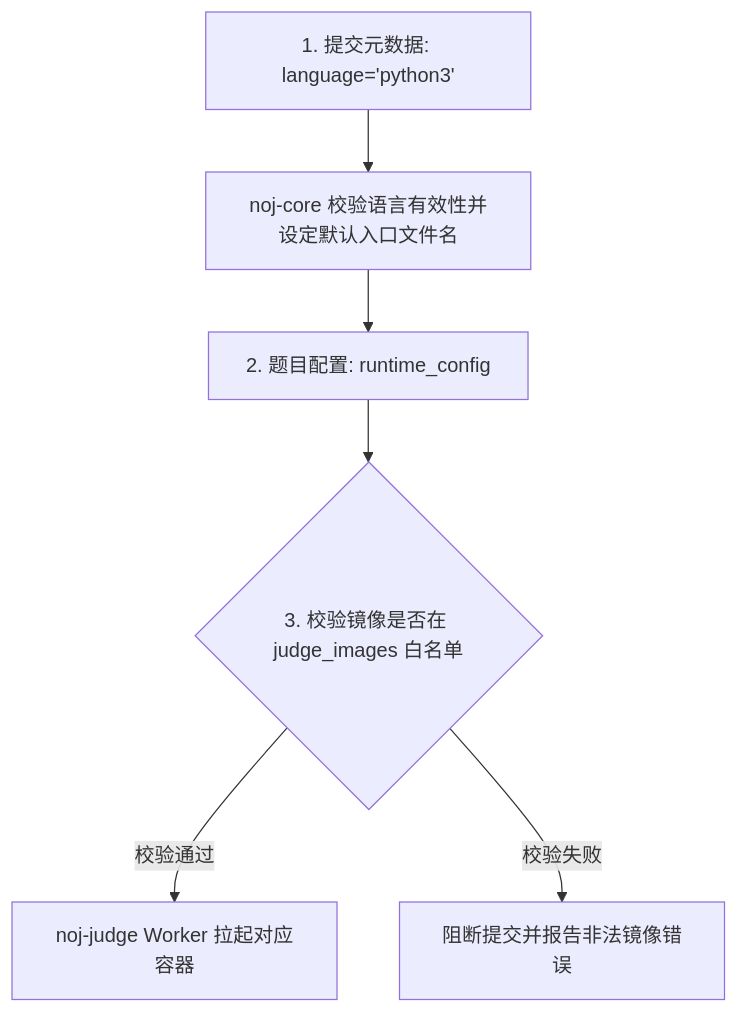
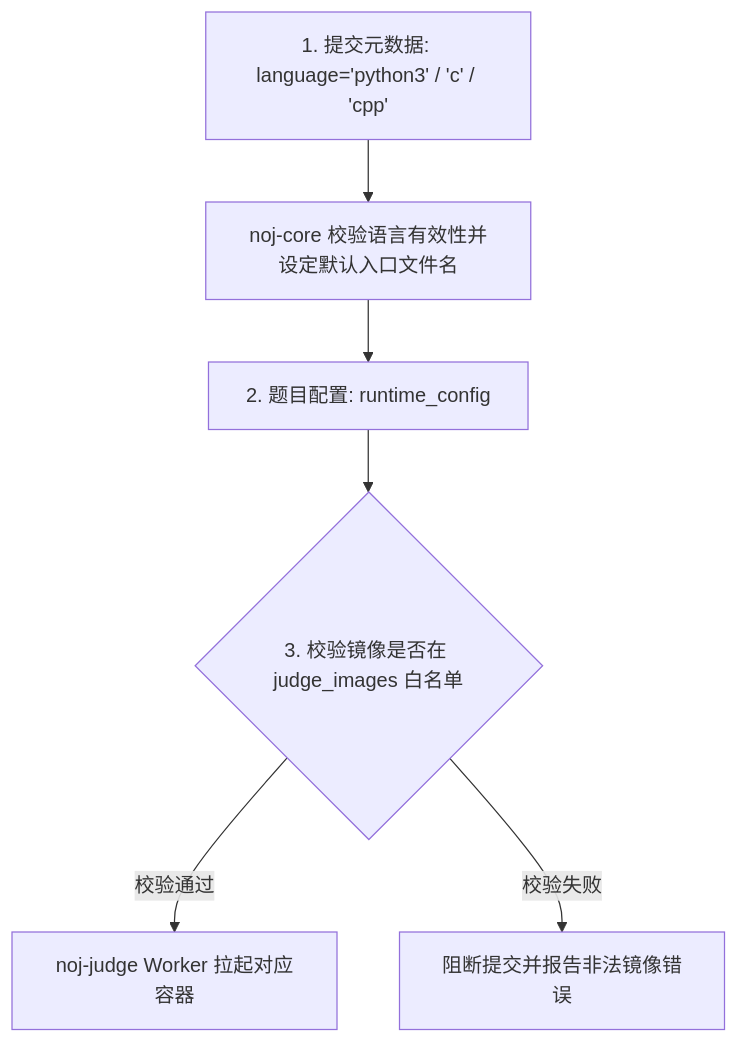
One commit to Neuro-OJ/neuro-oj changed the diagram in noj-docs/docs/mechanisms/runtimes.md. Above: the diagram before and after it, drawn with Mermaid. The commit also changed other lines of this file and 41 other files, not shown here.

````diff
--- a/noj-docs/docs/mechanisms/runtimes.md
+++ b/noj-docs/docs/mechanisms/runtimes.md
@@ -22,8 +26,8 @@
 ```mermaid
 flowchart TD
-    Sub[1. 提交元数据: language='python3'] --> Srv[noj-core 校验语言有效性并设定默认入口文件名]
+    Sub[1. 提交元数据: language='python3' / 'c' / 'cpp'] --> Srv[noj-core 校验语言有效性并设定默认入口文件名]
     Srv --> Conf[2. 题目配置: runtime_config]
     Conf --> Whitelist{3. 校验镜像是否在 judge_images 白名单}
     Whitelist -- 校验通过 --> Judge[noj-judge Worker 拉起对应容器]
     Whitelist -- 校验失败 --> Err[阻断提交并报告非法镜像错误]
 ```
````
